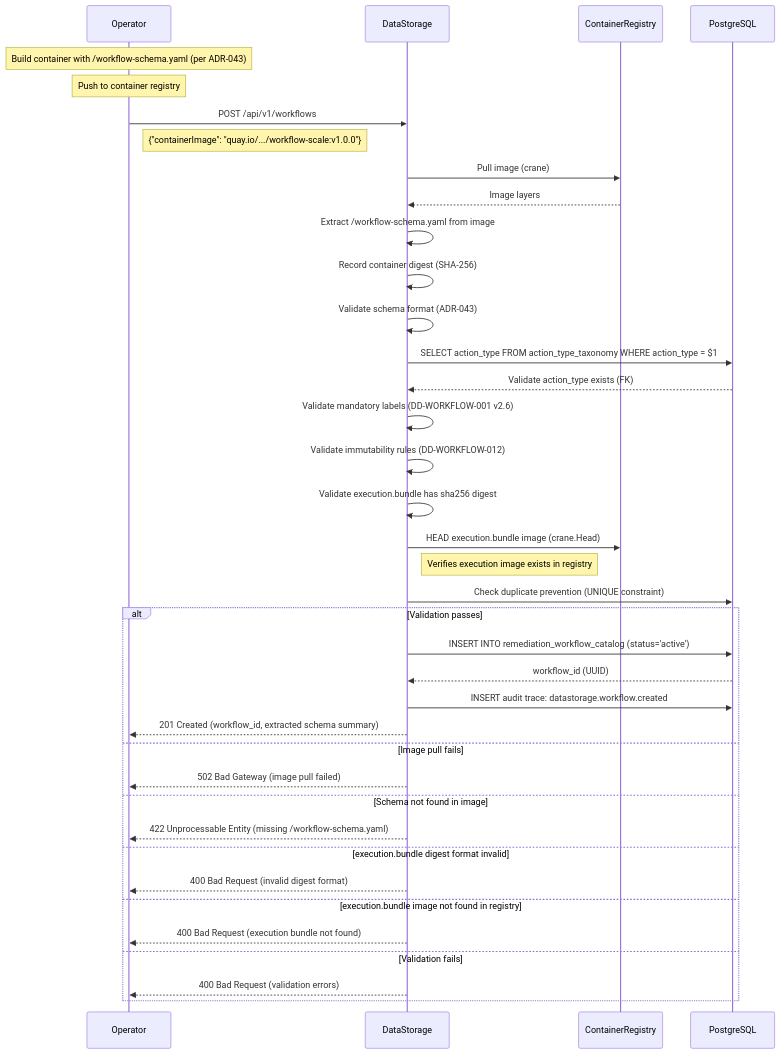
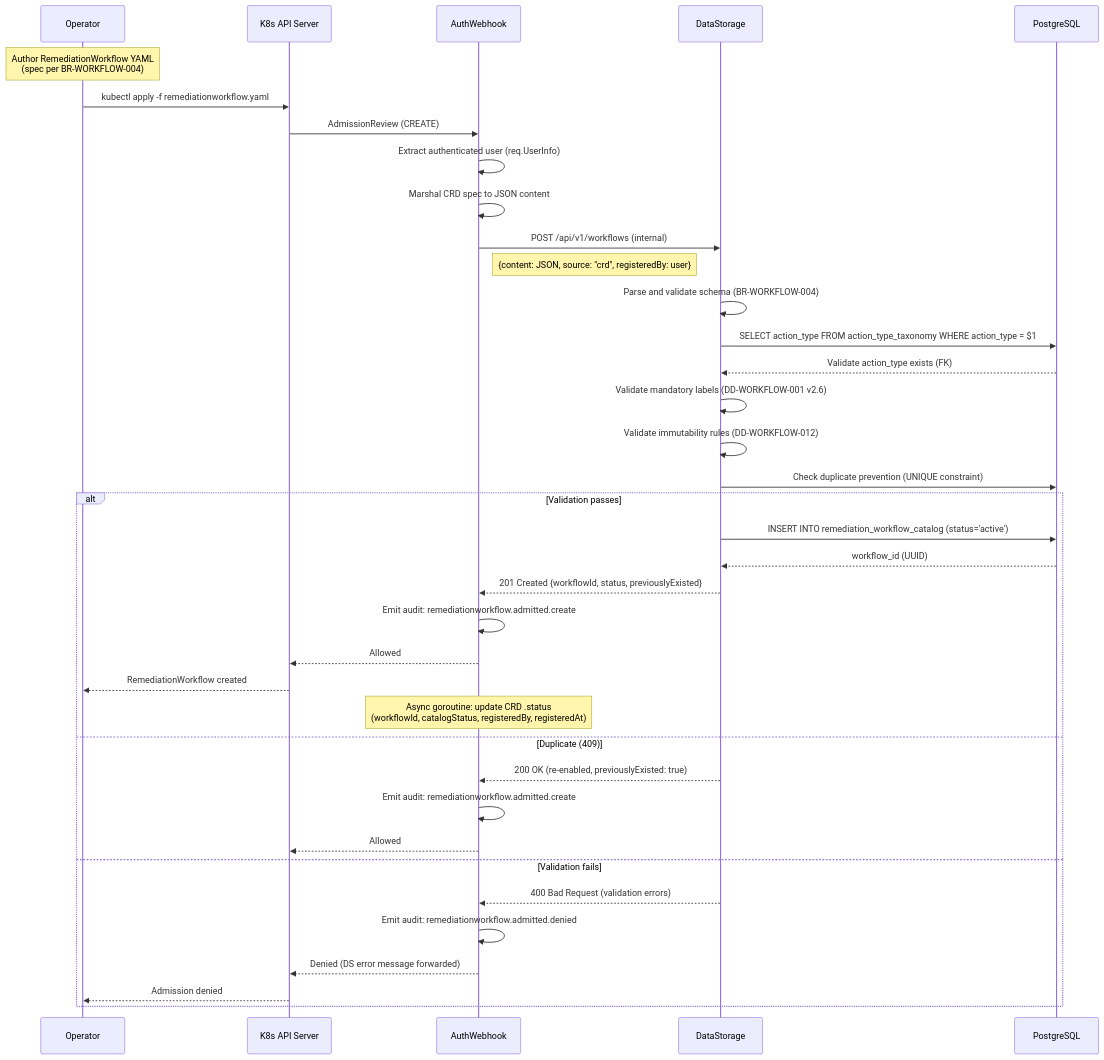
Before and after one commit to jordigilh/kubernaut: the first of 10 diagrams in docs/architecture/decisions/DD-WORKFLOW-017-workflow-lifecycle-component-interactions.md, drawn with Mermaid. The commit also changed other lines of this file and 15 other files, not shown here.

First line of the commit message:
docs: update authoritative documentation for CRD-based workflow registration (#299)

````diff
--- a/docs/architecture/decisions/DD-WORKFLOW-017-workflow-lifecycle-component-interactions.md
+++ b/docs/architecture/decisions/DD-WORKFLOW-017-workflow-lifecycle-component-interactions.md
@@ -92,45 +109,44 @@
 ```mermaid
 sequenceDiagram
     participant Op as Operator
+    participant K8s as K8s API Server
+    participant AW as AuthWebhook
     participant DS as DataStorage
-    participant Reg as ContainerRegistry
     participant DB as PostgreSQL
 
-    Note over Op: Build container with /workflow-schema.yaml (per ADR-043)
-    Note over Op: Push to container registry
+    Note over Op: Author RemediationWorkflow YAML<br/>(spec per BR-WORKFLOW-004)
 
-    Op->>DS: POST /api/v1/workflows
-    Note right of Op: {"containerImage": "quay.io/.../workflow-scale:v1.0.0"}
+    Op->>K8s: kubectl apply -f remediationworkflow.yaml
+    K8s->>AW: AdmissionReview (CREATE)
+    AW->>AW: Extract authenticated user (req.UserInfo)
+    AW->>AW: Marshal CRD spec to JSON content
 
-    DS->>Reg: Pull image (crane)
-    Reg-->>DS: Image layers
-    DS->>DS: Extract /workflow-schema.yaml from image
-    DS->>DS: Record container digest (SHA-256)
+    AW->>DS: POST /api/v1/workflows (internal)
+    Note right of AW: {content: JSON, source: "crd", registeredBy: user}
 
-    DS->>DS: Validate schema format (ADR-043)
+    DS->>DS: Parse and validate schema (BR-WORKFLOW-004)
     DS->>DB: SELECT action_type FROM action_type_taxonomy WHERE action_type = $1
     DB-->>DS: Validate action_type exists (FK)
     DS->>DS: Validate mandatory labels (DD-WORKFLOW-001 v2.6)
     DS->>DS: Validate immutability rules (DD-WORKFLOW-012)
-    DS->>DS: Validate execution.bundle has sha256 digest
-    DS->>Reg: HEAD execution.bundle image (crane.Head)
-    Note right of DS: Verifies execution image exists in registry
     DS->>DB: Check duplicate prevention (UNIQUE constraint)
 
     alt Validation passes
         DS->>DB: INSERT INTO remediation_workflow_catalog (status='active')
         DB-->>DS: workflow_id (UUID)
-        DS->>DB: INSERT audit trace: datastorage.workflow.created
-        DS-->>Op: 201 Created (workflow_id, extracted schema summary)
-    else Image pull fails
-        DS-->>Op: 502 Bad Gateway (image pull failed)
-    else Schema not found in image
-        DS-->>Op: 422 Unprocessable Entity (missing /workflow-schema.yaml)
-    else execution.bundle digest format invalid
-        DS-->>Op: 400 Bad Request (invalid digest format)
-    else execution.bundle image not found in registry
-        DS-->>Op: 400 Bad Request (execution bundle not found)
+        DS-->>AW: 201 Created {workflowId, status, previouslyExisted}
+        AW->>AW: Emit audit: remediationworkflow.admitted.create
+        AW-->>K8s: Allowed
+        K8s-->>Op: RemediationWorkflow created
+        Note over AW: Async goroutine: update CRD .status<br/>(workflowId, catalogStatus, registeredBy, registeredAt)
+    else Duplicate (409)
+        DS-->>AW: 200 OK (re-enabled, previouslyExisted: true)
+        AW->>AW: Emit audit: remediationworkflow.admitted.create
+        AW-->>K8s: Allowed
     else Validation fails
-        DS-->>Op: 400 Bad Request (validation errors)
+        DS-->>AW: 400 Bad Request (validation errors)
+        AW->>AW: Emit audit: remediationworkflow.admitted.denied
+        AW-->>K8s: Denied (DS error message forwarded)
+        K8s-->>Op: Admission denied
     end
 ```
````
